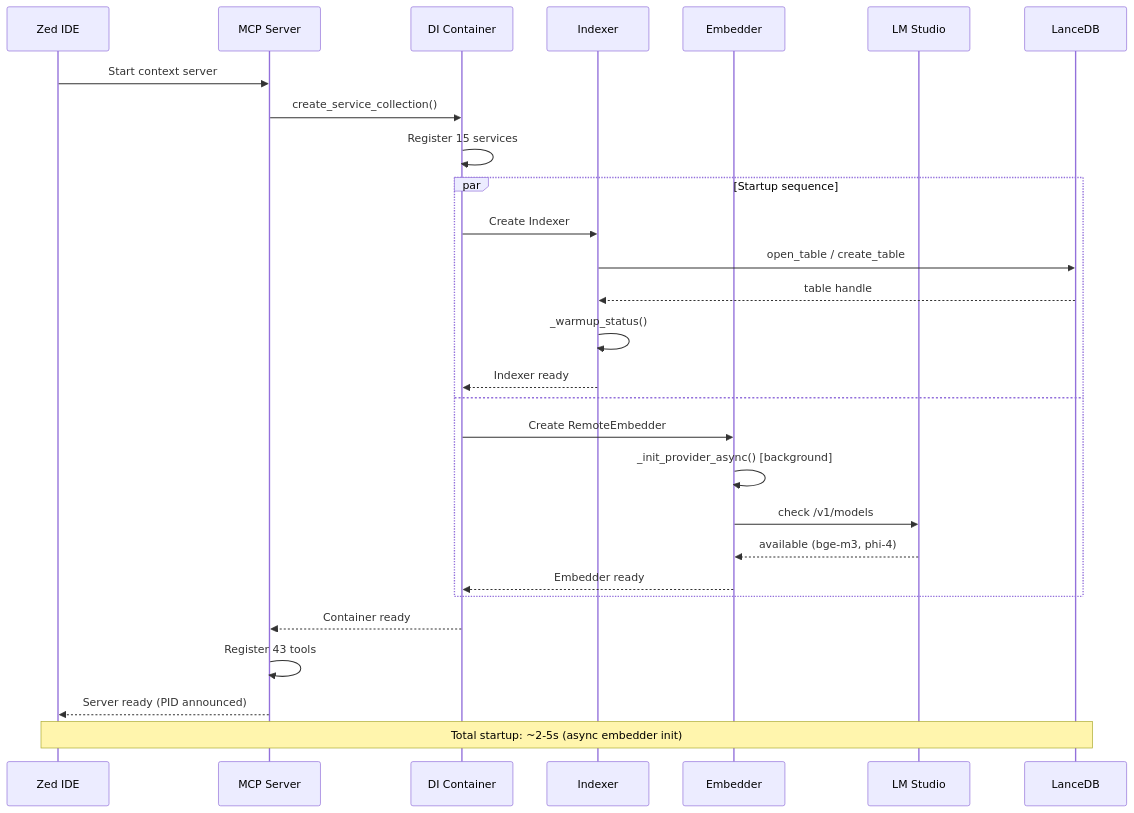
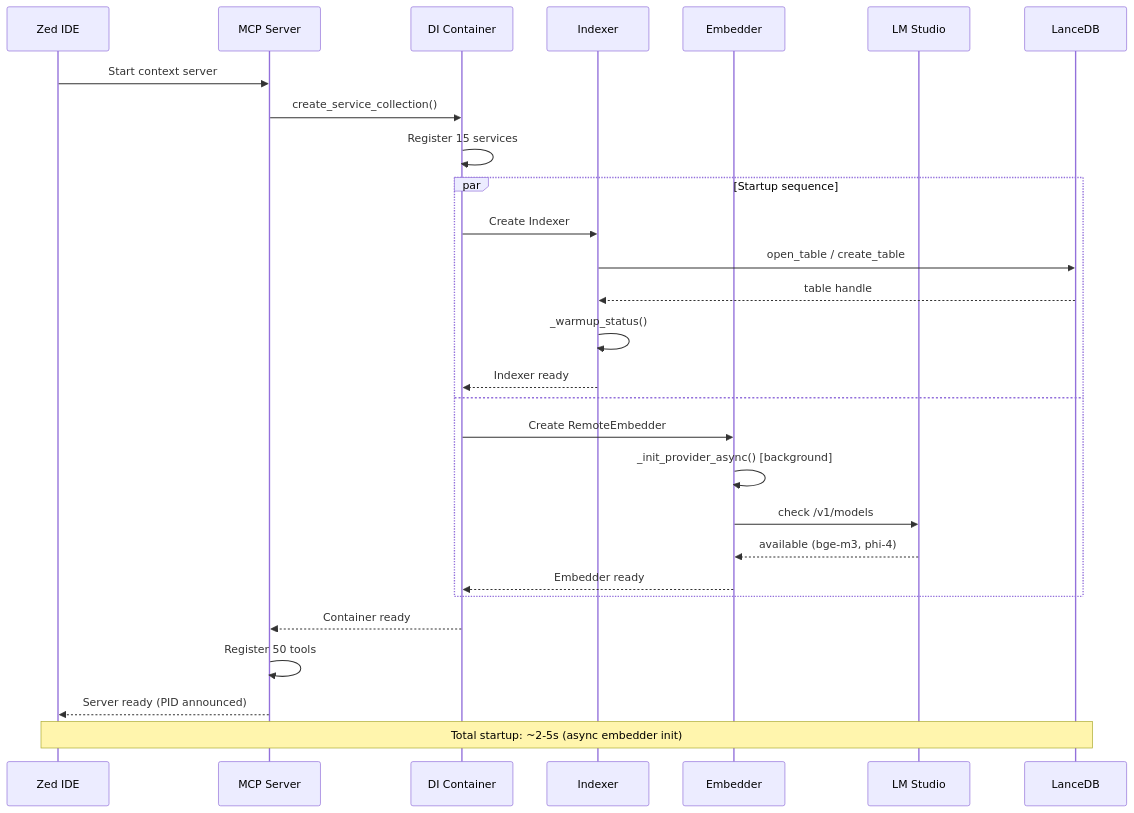
Before and after one commit to ManSio/mscodebase-intelligence: the fifth of 8 diagrams in docs/en/ARCHITECTURE_DEEP.md, drawn with Mermaid. The commit also changed other lines of this file and 16 other files, not shown here.

````diff
--- a/docs/en/ARCHITECTURE_DEEP.md
+++ b/docs/en/ARCHITECTURE_DEEP.md
@@ -163,34 +163,34 @@
 ```mermaid
 sequenceDiagram
     participant Zed as Zed IDE
     participant MCP as MCP Server
     participant DI as DI Container
     participant IX as Indexer
     participant EM as Embedder
     participant LM as LM Studio
     participant DB as LanceDB
 
     Zed->>MCP: Start context server
     MCP->>DI: create_service_collection()
     DI->>DI: Register 15 services
     
     par Startup sequence
         DI->>IX: Create Indexer
         IX->>DB: open_table / create_table
         DB-->>IX: table handle
         IX->>IX: _warmup_status()
         IX-->>DI: Indexer ready
     and
         DI->>EM: Create RemoteEmbedder
         EM->>EM: _init_provider_async() [background]
         EM->>LM: check /v1/models
         LM-->>EM: available (bge-m3, phi-4)
         EM-->>DI: Embedder ready
     end
     
     DI-->>MCP: Container ready
-    MCP->>MCP: Register 43 tools
+    MCP->>MCP: Register 50 tools
     MCP-->>Zed: Server ready (PID announced)
     
     Note over Zed,DB: Total startup: ~2-5s (async embedder init)
 ```
````
